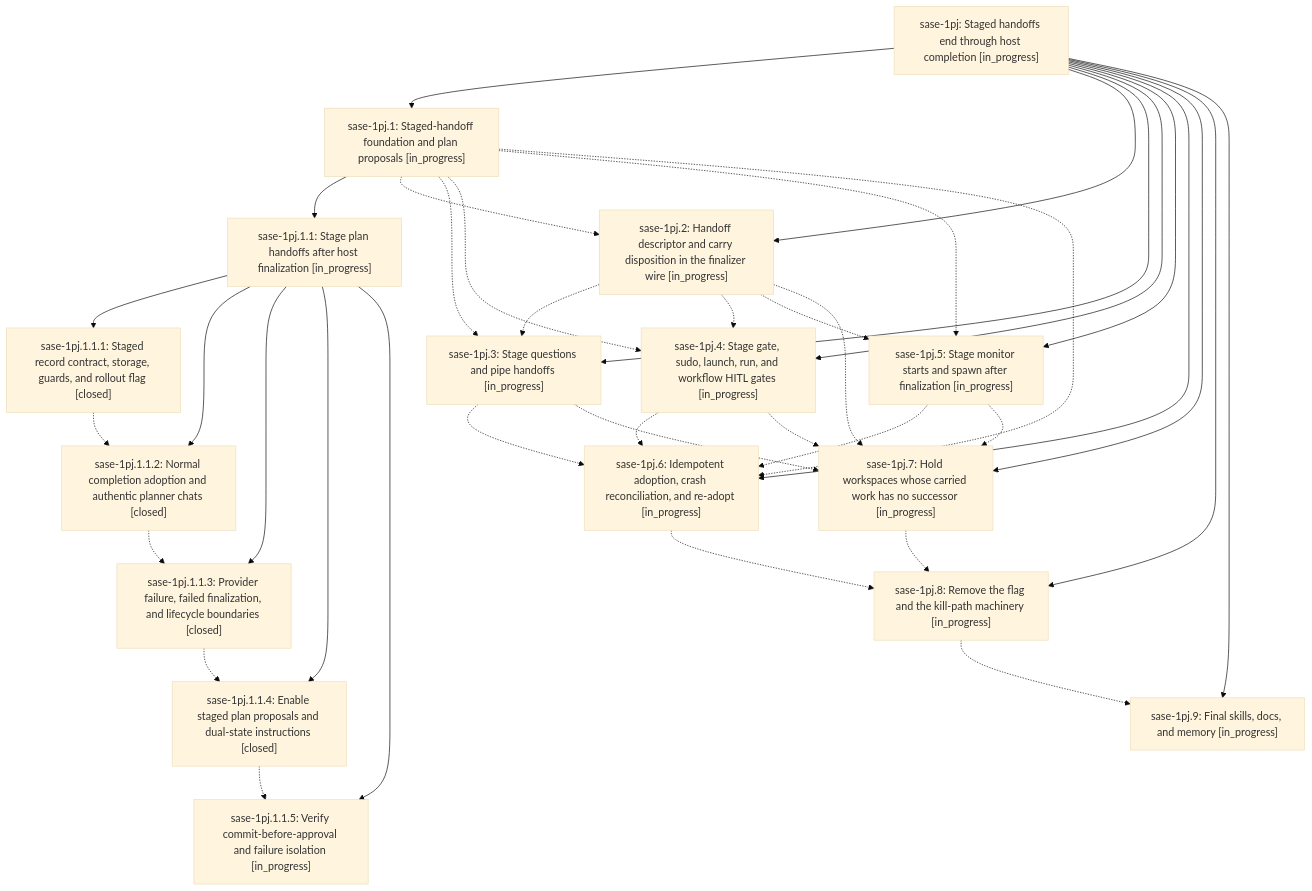
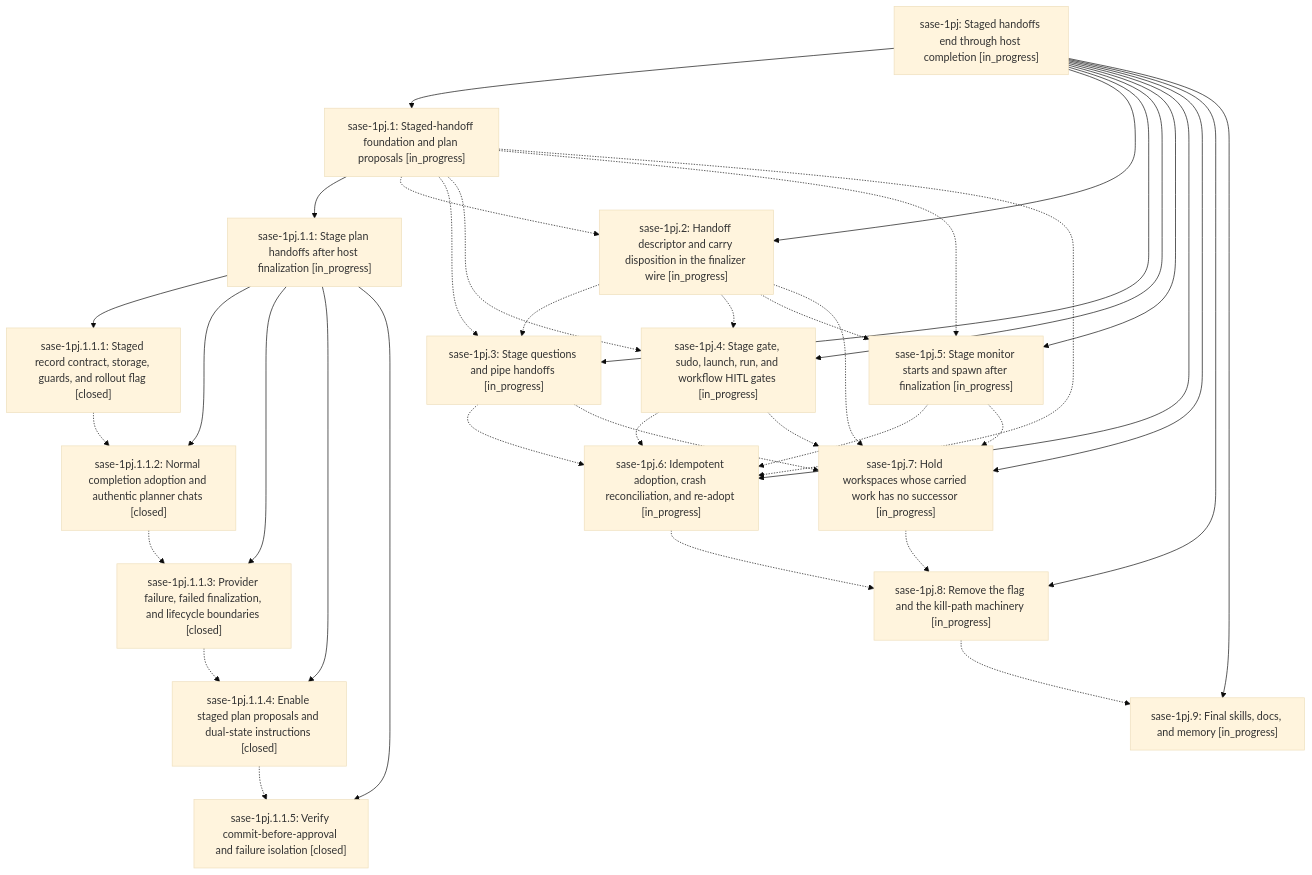
Before and after one commit to sase-org/sase--beads: the diagram in pages/sase-1pj/README.md, drawn with Mermaid (base theme). The commit also changed other lines of this file and 3 other files, not shown here.

````diff
--- a/pages/sase-1pj/README.md
+++ b/pages/sase-1pj/README.md
@@ -44,56 +44,56 @@
 ```mermaid
 flowchart TD
     n0["sase-1pj: Staged handoffs end through host completion [in_progress]"]
     n1["sase-1pj.1: Staged-handoff foundation and plan proposals [in_progress]"]
     n2["sase-1pj.1.1: Stage plan handoffs after host finalization [in_progress]"]
     n3["sase-1pj.1.1.1: Staged record contract, storage, guards, and rollout flag [closed]"]
     n4["sase-1pj.1.1.2: Normal completion adoption and authentic planner chats [closed]"]
     n5["sase-1pj.1.1.3: Provider failure, failed finalization, and lifecycle boundaries [closed]"]
     n6["sase-1pj.1.1.4: Enable staged plan proposals and dual-state instructions [closed]"]
-    n7["sase-1pj.1.1.5: Verify commit-before-approval and failure isolation [in_progress]"]
+    n7["sase-1pj.1.1.5: Verify commit-before-approval and failure isolation [closed]"]
     n8["sase-1pj.2: Handoff descriptor and carry disposition in the finalizer wire [in_progress]"]
     n9["sase-1pj.3: Stage questions and pipe handoffs [in_progress]"]
     n10["sase-1pj.4: Stage gate, sudo, launch, run, and workflow HITL gates [in_progress]"]
     n11["sase-1pj.5: Stage monitor starts and spawn after finalization [in_progress]"]
     n12["sase-1pj.6: Idempotent adoption, crash reconciliation, and re-adopt [in_progress]"]
     n13["sase-1pj.7: Hold workspaces whose carried work has no successor [in_progress]"]
     n14["sase-1pj.8: Remove the flag and the kill-path machinery [in_progress]"]
     n15["sase-1pj.9: Final skills, docs, and memory [in_progress]"]
     n0 --> n1
     n1 --> n2
     n2 --> n3
     n2 --> n4
     n2 --> n5
     n2 --> n6
     n2 --> n7
     n0 --> n8
     n0 --> n9
     n0 --> n10
     n0 --> n11
     n0 --> n12
     n0 --> n13
     n0 --> n14
     n0 --> n15
     n1 -.-> n8
     n1 -.-> n9
     n1 -.-> n10
     n1 -.-> n11
     n1 -.-> n12
     n3 -.-> n4
     n4 -.-> n5
     n5 -.-> n6
     n6 -.-> n7
     n8 -.-> n9
     n8 -.-> n10
     n8 -.-> n11
     n8 -.-> n13
     n9 -.-> n12
     n9 -.-> n13
     n10 -.-> n12
     n10 -.-> n13
     n11 -.-> n12
     n11 -.-> n13
     n12 -.-> n14
     n13 -.-> n14
     n14 -.-> n15
 ```
````
